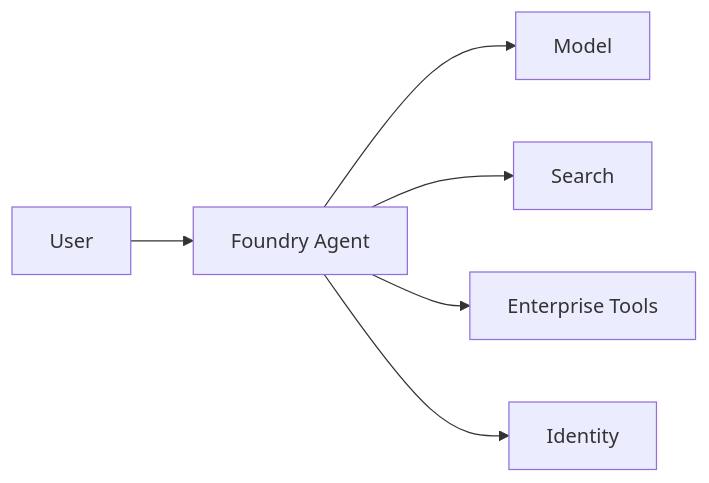
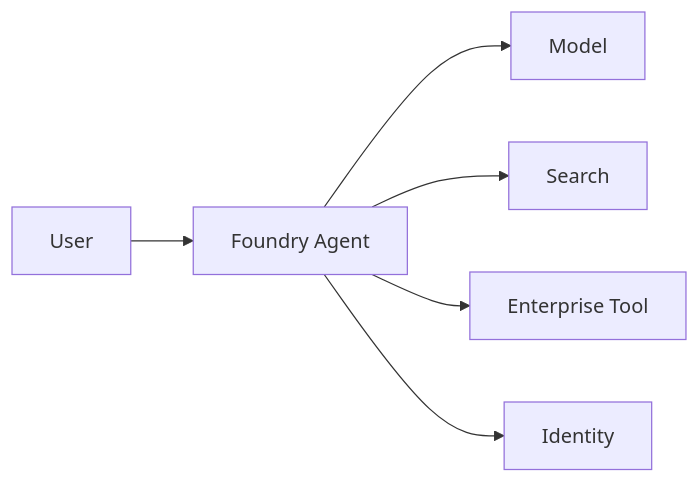
Before and after one commit to msellamiTN/data2ai-terraform-azure-foundry: the third of 3 diagrams in docs/architecture/reference-platform.md, drawn with Mermaid. The commit also changed other lines of this file and 7 other files, not shown here.

````diff
--- a/docs/architecture/reference-platform.md
+++ b/docs/architecture/reference-platform.md
@@ -32,8 +31,8 @@
 ```mermaid
 flowchart LR
-U[User] --> A[Foundry Agent]
-A --> L[Model]
-A --> S[Search]
-A --> T[Enterprise Tools]
-A --> ID[Identity]
+ U[User] --> A[Foundry Agent]
+ A --> M[Model]
+ A --> S[Search]
+ A --> TOOL[Enterprise Tool]
+ A --> ID[Identity]
 ```
````
